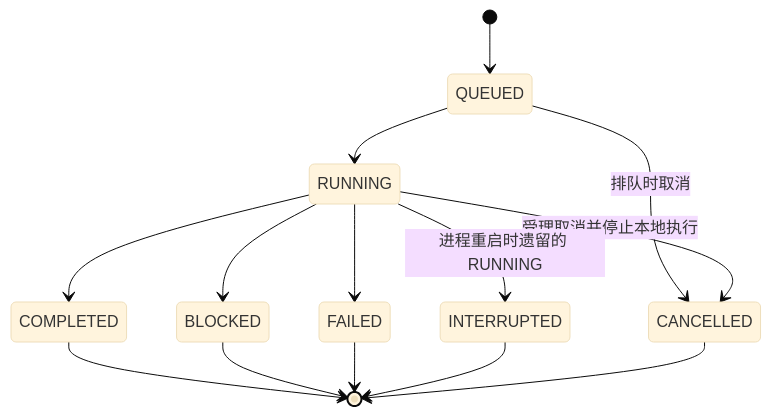
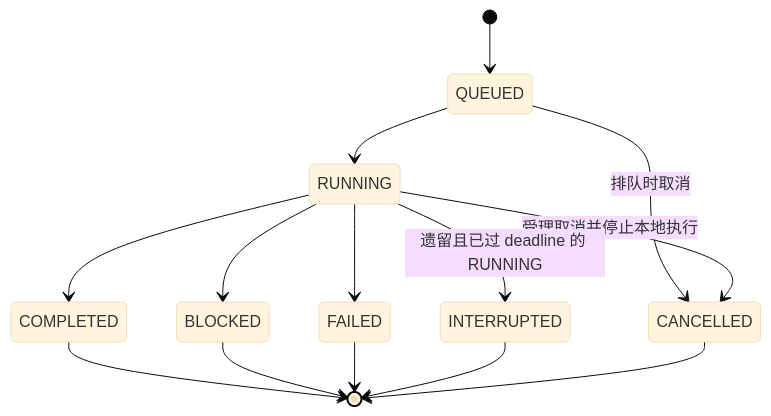
One commit to wynxing/paper-evidence-agent changed the third of 4 diagrams in docs/architecture.md. Above: the diagram before and after it, drawn with Mermaid (base theme). The commit also changed other lines of this file and 10 other files, not shown here.

````diff
--- a/docs/architecture.md
+++ b/docs/architecture.md
@@ -99,16 +99,16 @@
 ```mermaid
 stateDiagram-v2
     [*] --> QUEUED
     QUEUED --> RUNNING
     QUEUED --> CANCELLED: 排队时取消
     RUNNING --> CANCELLED: 受理取消并停止本地执行
     RUNNING --> COMPLETED
     RUNNING --> BLOCKED
     RUNNING --> FAILED
-    RUNNING --> INTERRUPTED: 进程重启时遗留的 RUNNING
+    RUNNING --> INTERRUPTED: 遗留且已过 deadline 的 RUNNING
     COMPLETED --> [*]
     BLOCKED --> [*]
     FAILED --> [*]
     INTERRUPTED --> [*]
     CANCELLED --> [*]
 ```
````
